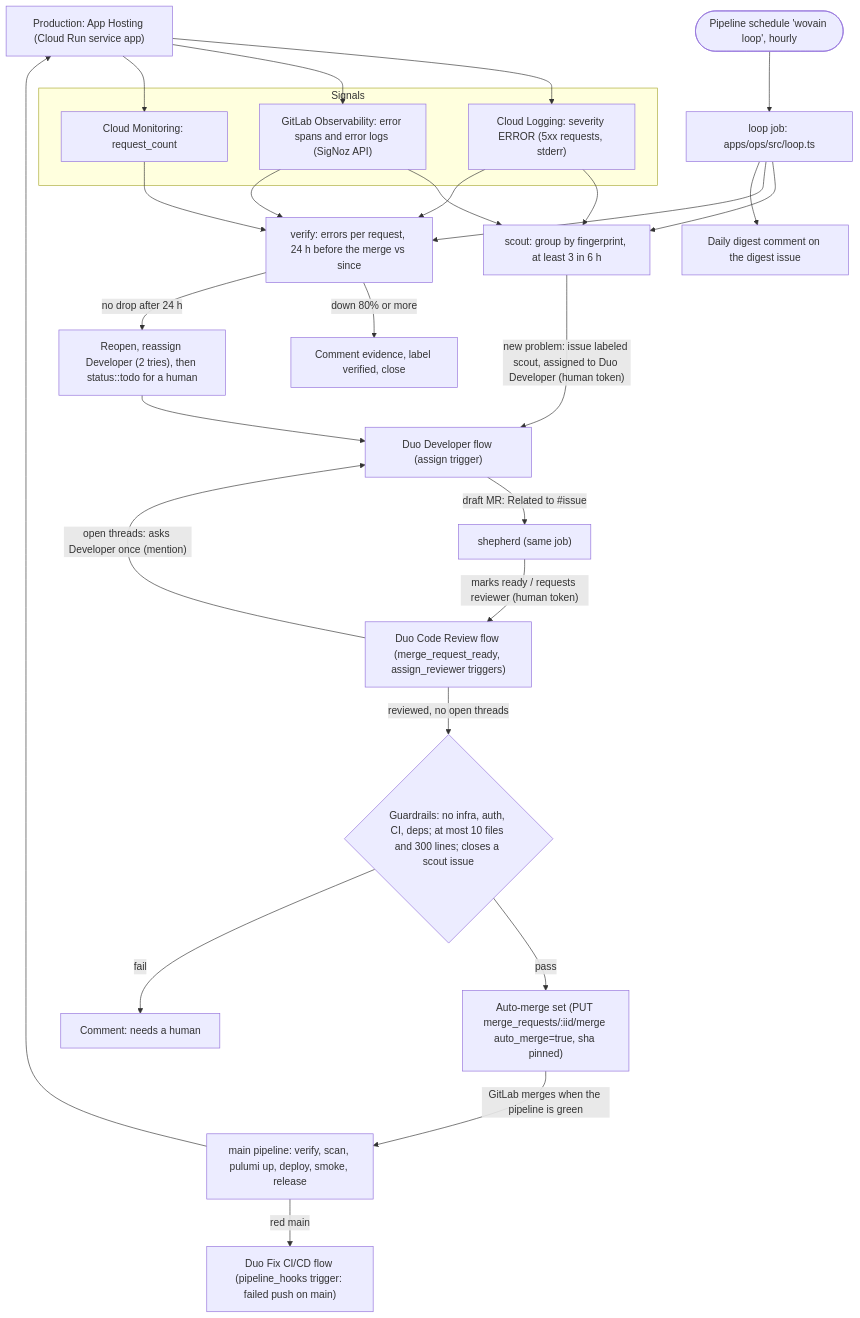
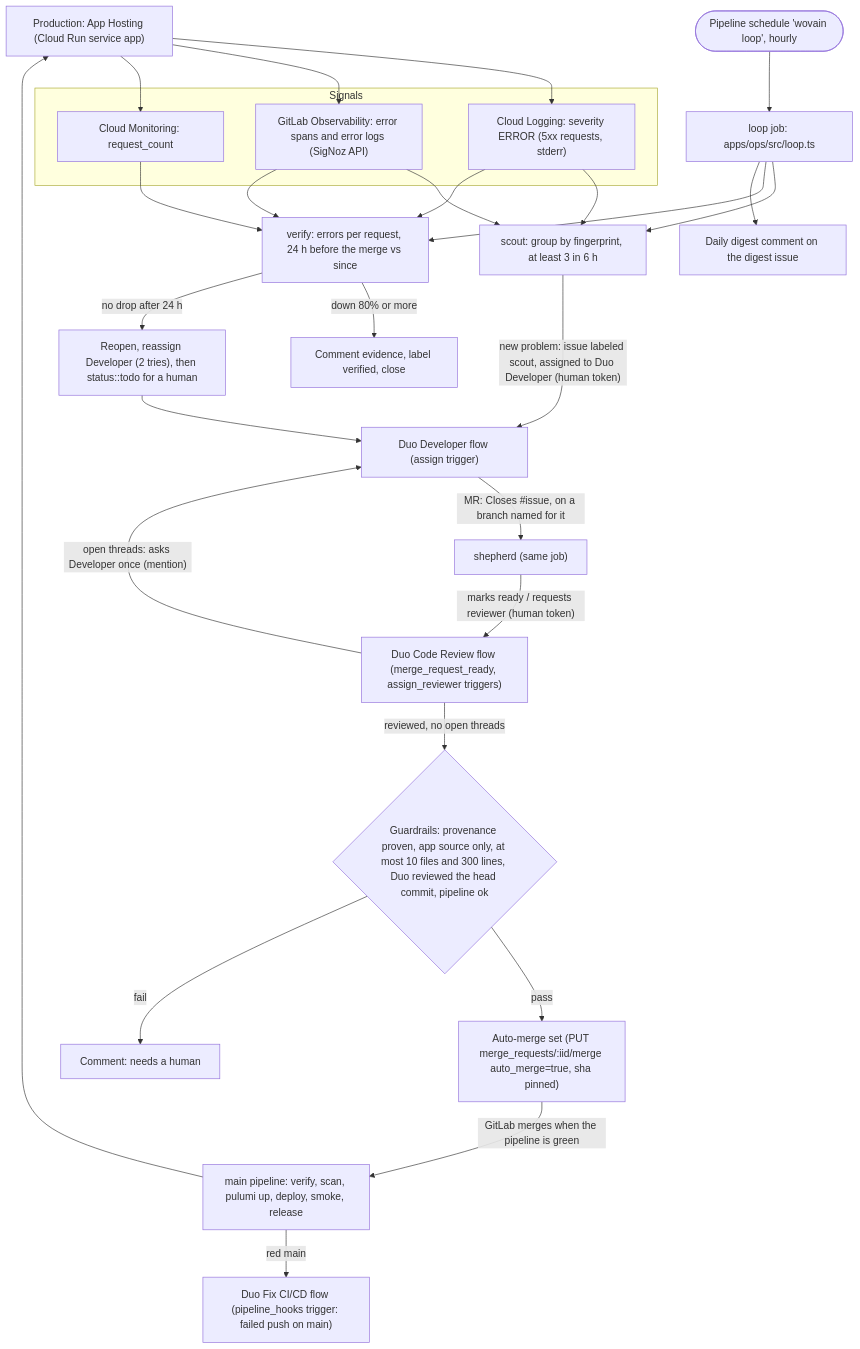
One commit to sami-m-g/wovain changed the diagram in docs/loop.md. Above: the diagram before and after it, drawn with Mermaid. The commit also changed other lines of this file and 10 other files, not shown here.

````diff
--- a/docs/loop.md
+++ b/docs/loop.md
@@ -5,29 +5,29 @@
 ```mermaid
 flowchart TD
   prod["Production: App Hosting (Cloud Run service app)"]
   subgraph signals["Signals"]
     cl["Cloud Logging: severity ERROR (5xx requests, stderr)"]
     o11y["GitLab Observability: error spans and error logs (SigNoz API)"]
     mon["Cloud Monitoring: request_count"]
   end
   prod --> cl & o11y & mon
   sched(["Pipeline schedule 'wovain loop', hourly"]) --> loop["loop job: apps/ops/src/loop.ts"]
   cl & o11y --> scout["scout: group by fingerprint, at least 3 in 6 h"]
   loop --> scout
   scout -->|"new problem: issue labeled scout, assigned to Duo Developer (human token)"| dev["Duo Developer flow (assign trigger)"]
-  dev -->|"draft MR: Related to #issue"| shep["shepherd (same job)"]
+  dev -->|"MR: Closes #issue, on a branch named for it"| shep["shepherd (same job)"]
   shep -->|"marks ready / requests reviewer (human token)"| cr["Duo Code Review flow (merge_request_ready, assign_reviewer triggers)"]
   cr -->|"open threads: asks Developer once (mention)"| dev
-  cr -->|"reviewed, no open threads"| guard{"Guardrails: no infra, auth, CI, deps; at most 10 files and 300 lines; closes a scout issue"}
+  cr -->|"reviewed, no open threads"| guard{"Guardrails: provenance proven, app source only, at most 10 files and 300 lines, Duo reviewed the head commit, pipeline ok"}
   guard -->|pass| am["Auto-merge set (PUT merge_requests/:iid/merge auto_merge=true, sha pinned)"]
   guard -->|fail| human["Comment: needs a human"]
   am -->|"GitLab merges when the pipeline is green"| main["main pipeline: verify, scan, pulumi up, deploy, smoke, release"]
   main -->|"red main"| fix["Duo Fix CI/CD flow (pipeline_hooks trigger: failed push on main)"]
   main --> prod
   mon & cl & o11y --> verify["verify: errors per request, 24 h before the merge vs since"]
   loop --> verify
   verify -->|"down 80% or more"| closed["Comment evidence, label verified, close"]
   verify -->|"no drop after 24 h"| reopen["Reopen, reassign Developer (2 tries), then status::todo for a human"]
   reopen --> dev
   loop --> digest["Daily digest comment on the digest issue"]
 ```
````
